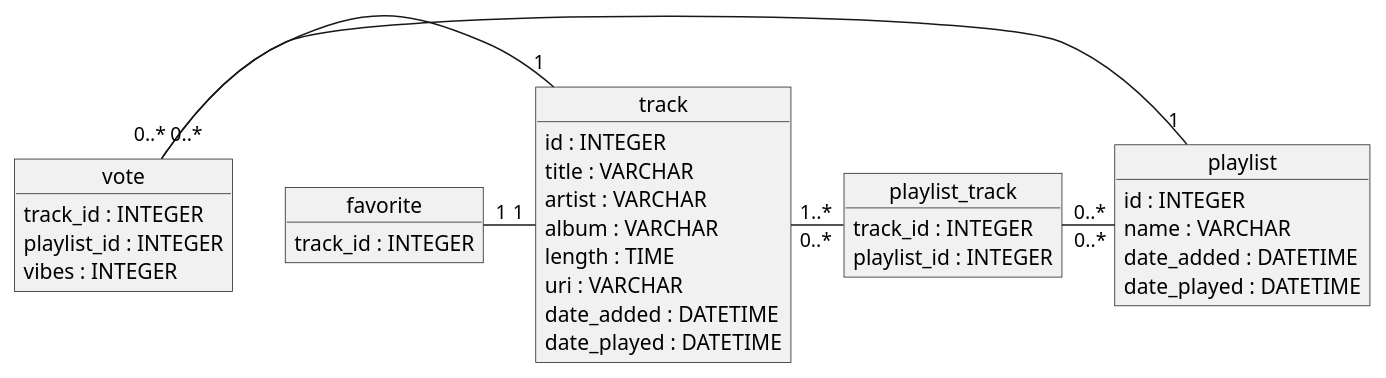
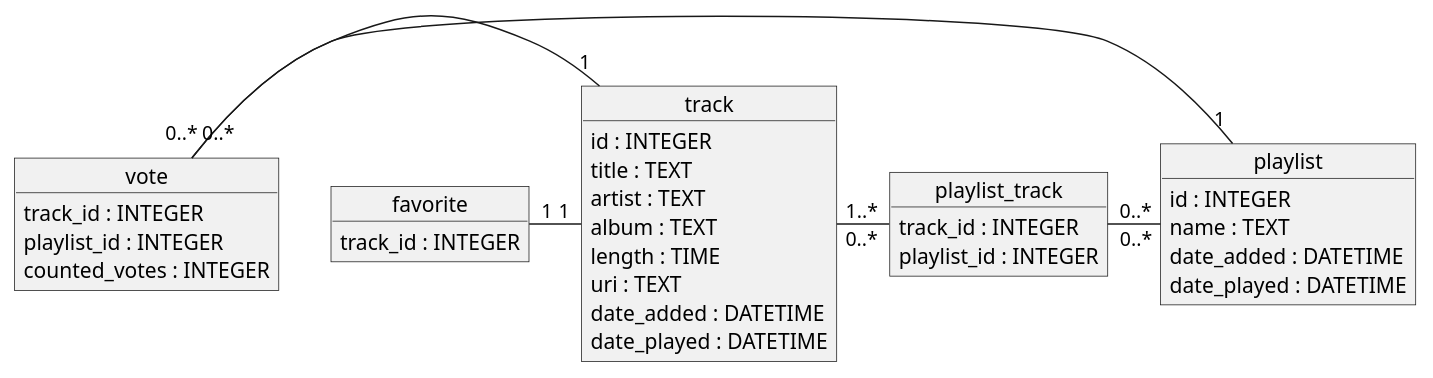
Before and after one commit to heig-vd-pro2017/projet: the diagram in DATABASE.puml, drawn with PlantUML. The commit also changed 1 other file, not shown here.

```diff
--- a/DATABASE.puml
+++ b/DATABASE.puml
@@ -1,40 +1,40 @@
 @startuml
 
 Object track
 Object playlist
 Object playlist_track
 Object favorite
 Object vote
 
 track : id : INTEGER
-track : title : VARCHAR
-track : artist : VARCHAR
-track : album : VARCHAR
+track : title : TEXT
+track : artist : TEXT
+track : album : TEXT
 track : length : TIME
-track : uri : VARCHAR
+track : uri : TEXT
 track : date_added : DATETIME
 track : date_played : DATETIME
 
 playlist : id : INTEGER
-playlist : name : VARCHAR
+playlist : name : TEXT
 playlist : date_added : DATETIME
 playlist : date_played : DATETIME
 
 playlist_track : track_id : INTEGER
 playlist_track : playlist_id : INTEGER
 
 favorite : track_id : INTEGER
 
 vote : track_id : INTEGER
 vote : playlist_id : INTEGER
-vote : vibes : INTEGER
+vote : counted_votes : INTEGER
 
 track "1..*" - "0..*" playlist_track
 playlist_track "0..*" - "0..*" playlist
 
 favorite "1" - "1" track
 
 vote "0..*" - "1" track
 vote "0..*"- "1" playlist
 
 @enduml
```
